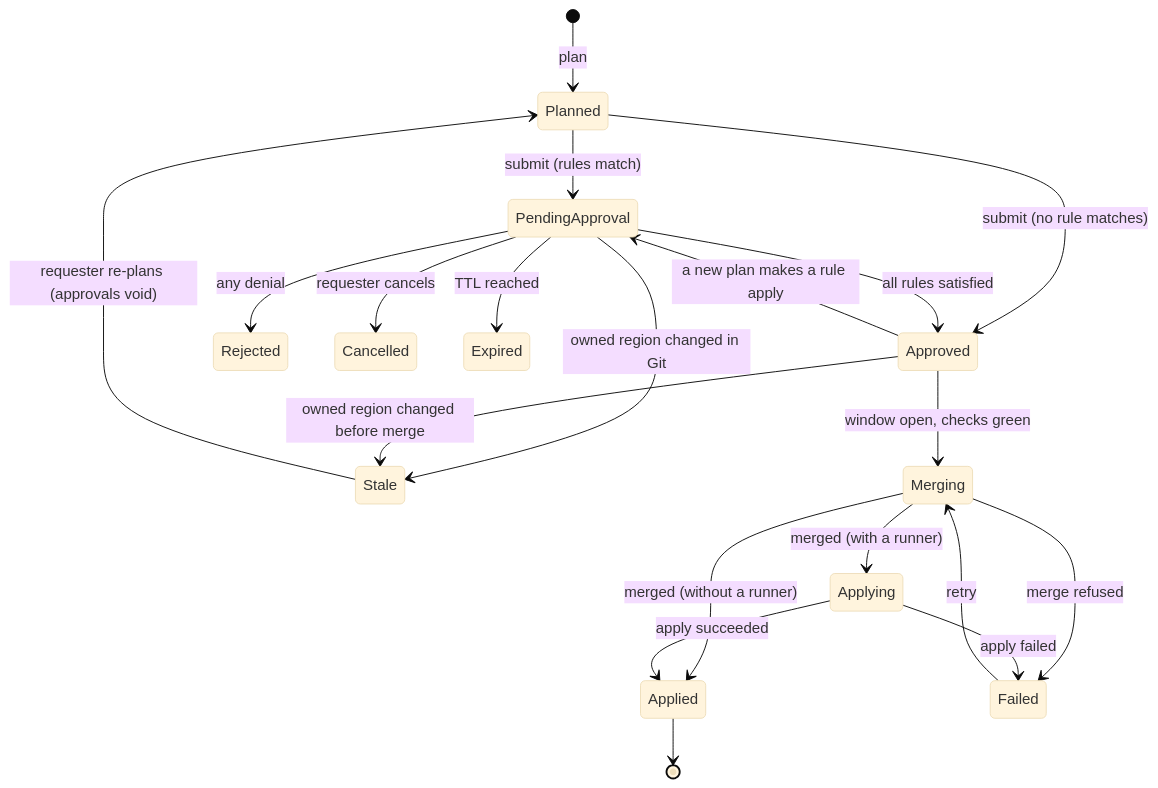
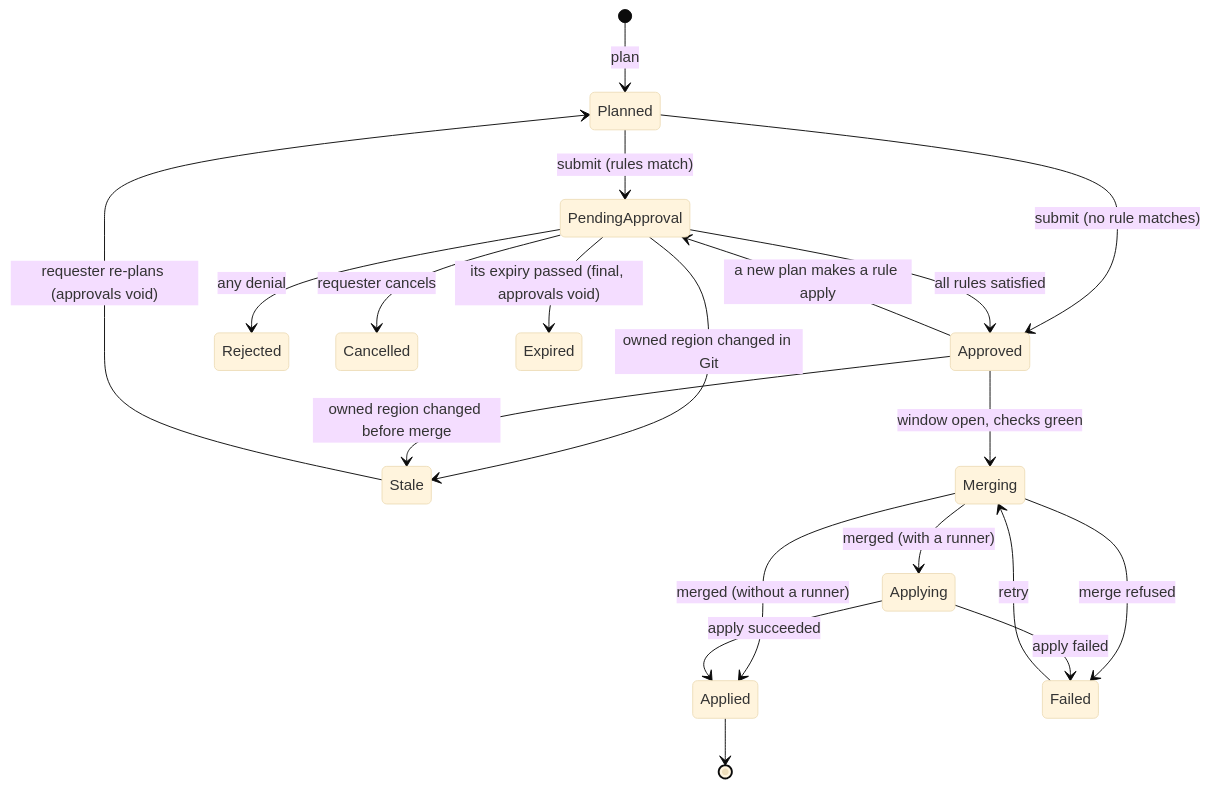
The second of 2 diagrams in docs/architecture/domain-model.md (damhau/quai), drawn with Mermaid (base theme) before and after one commit. The commit also changed 45 other files, not shown here.

````diff
--- a/docs/architecture/domain-model.md
+++ b/docs/architecture/domain-model.md
@@ -68,22 +68,22 @@
 ```mermaid
 stateDiagram-v2
   [*] --> Planned: plan
   Planned --> PendingApproval: submit (rules match)
   Planned --> Approved: submit (no rule matches)
   PendingApproval --> Approved: all rules satisfied
   PendingApproval --> Rejected: any denial
   PendingApproval --> Cancelled: requester cancels
-  PendingApproval --> Expired: TTL reached
+  PendingApproval --> Expired: its expiry passed (final, approvals void)
   PendingApproval --> Stale: owned region changed in Git
   Approved --> Stale: owned region changed before merge
   Approved --> PendingApproval: a new plan makes a rule apply
   Approved --> Merging: window open, checks green
   Merging --> Applying: merged (with a runner)
   Merging --> Applied: merged (without a runner)
   Merging --> Failed: merge refused
   Applying --> Applied: apply succeeded
   Applying --> Failed: apply failed
   Stale --> Planned: requester re-plans (approvals void)
   Failed --> Merging: retry
   Applied --> [*]
 ```
````
